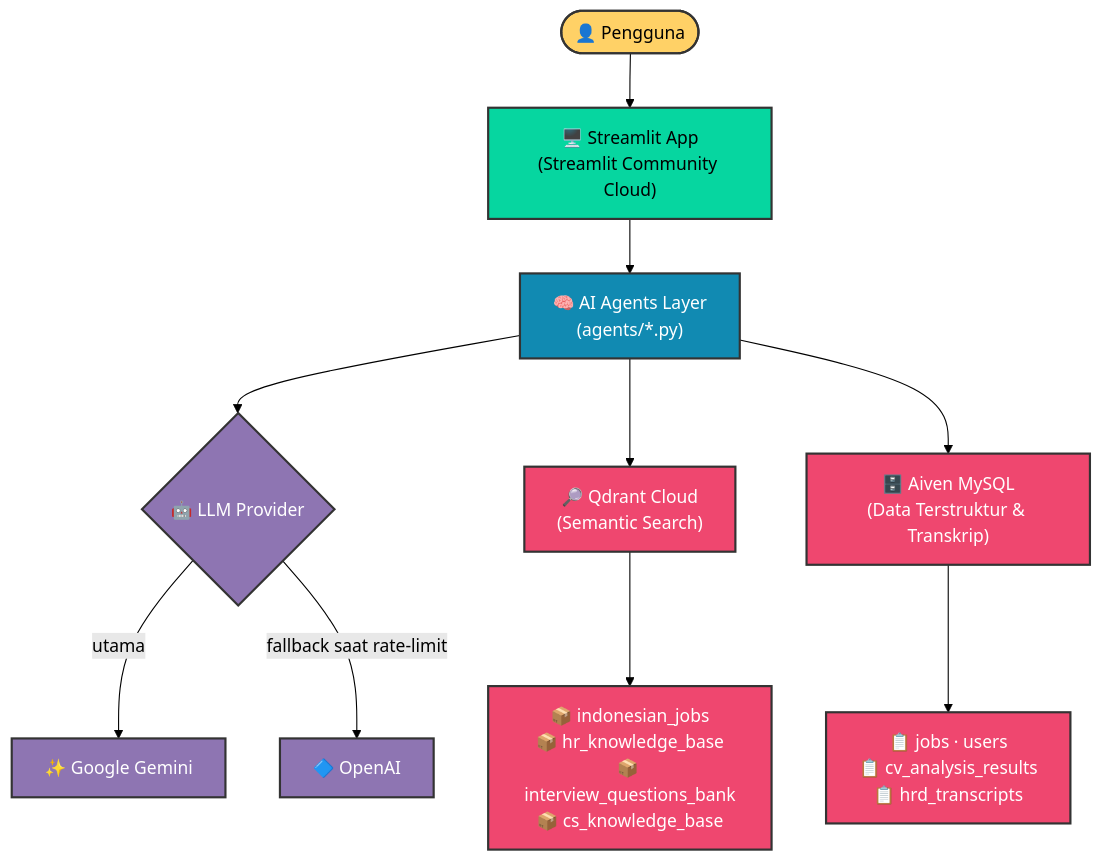
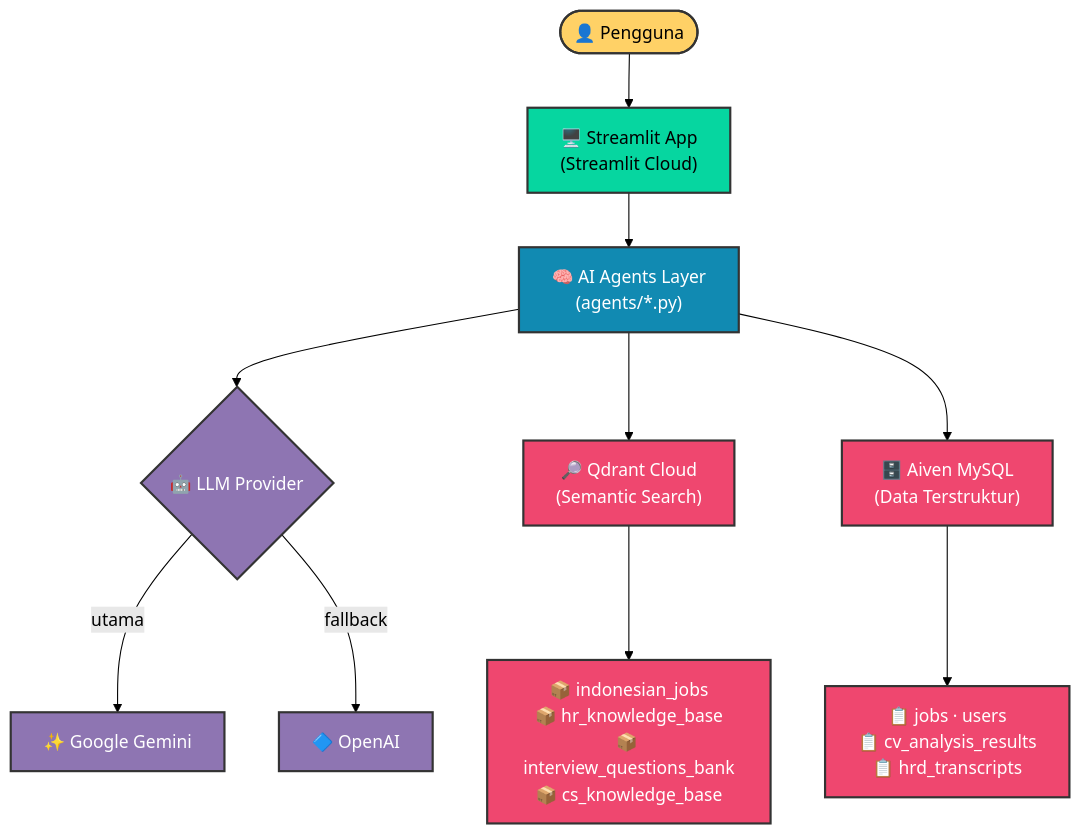
The diagram in README.md (indri007/sweet-align-hub), drawn with Mermaid (forest theme) before and after one commit. The commit also changed other lines of this file and 1 other file, not shown here.

````diff
--- a/README.md
+++ b/README.md
@@ -53,28 +64,28 @@
 ```mermaid
 flowchart TD
-    User(["👤 Pengguna"]) --> UI["🖥️ Streamlit App<br/>(Streamlit Community Cloud)"]
+    User(["👤 Pengguna"]) --> UI["🖥️ Streamlit App<br/>(Streamlit Cloud)"]
 
     UI --> Agents["🧠 AI Agents Layer<br/>(agents/*.py)"]
 
     Agents --> LLM{"🤖 LLM Provider"}
     LLM -->|utama| Gemini["✨ Google Gemini"]
-    LLM -->|fallback saat rate-limit| OpenAI["🔷 OpenAI"]
+    LLM -->|fallback| OpenAI["🔷 OpenAI"]
 
     Agents --> Vector["🔎 Qdrant Cloud<br/>(Semantic Search)"]
-    Agents --> DB["🗄️ Aiven MySQL<br/>(Data Terstruktur & Transkrip)"]
+    Agents --> DB["🗄️ Aiven MySQL<br/>(Data Terstruktur)"]
 
     Vector --> Collections["📦 indonesian_jobs<br/>📦 hr_knowledge_base<br/>📦 interview_questions_bank<br/>📦 cs_knowledge_base"]
     DB --> Tables["📋 jobs · users<br/>📋 cv_analysis_results<br/>📋 hrd_transcripts"]
 
     classDef userStyle fill:#FFD166,stroke:#333,stroke-width:2px,color:#000
     classDef uiStyle fill:#06D6A0,stroke:#333,stroke-width:2px,color:#000
     classDef agentStyle fill:#118AB2,stroke:#333,stroke-width:2px,color:#fff
     classDef llmStyle fill:#8E75B2,stroke:#333,stroke-width:2px,color:#fff
     classDef dataStyle fill:#EF476F,stroke:#333,stroke-width:2px,color:#fff
 
     class User userStyle
     class UI uiStyle
     class Agents agentStyle
     class LLM,Gemini,OpenAI llmStyle
     class Vector,DB,Collections,Tables dataStyle
 ```
````
